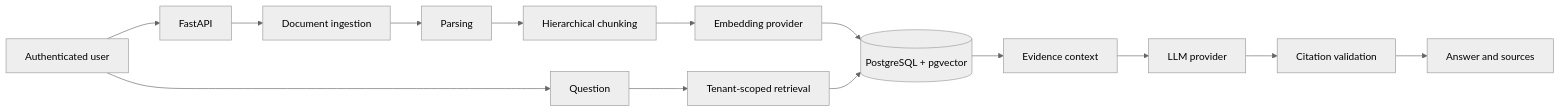
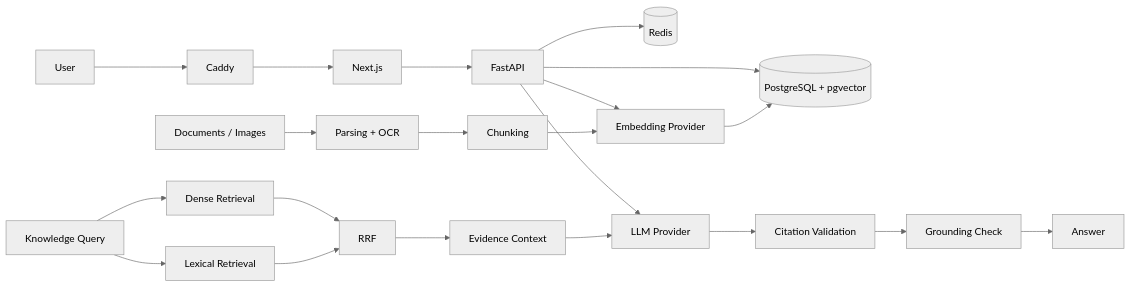
Before and after one commit to naim-munshi/aqlyra-rag-ai: the diagram in README.md, drawn with Mermaid (neutral theme). The commit also changed other lines of this file and 4 other files, not shown here.

Commit message:
docs: document Aqlyra architecture and system design

````diff
--- a/README.md
+++ b/README.md
@@ -46,17 +47,26 @@
 ```mermaid
 flowchart LR
-    U[Authenticated user] --> API[FastAPI]
-    API --> D[Document ingestion]
-    D --> P[Parsing]
-    P --> C[Hierarchical chunking]
-    C --> E[Embedding provider]
-    E --> DB[(PostgreSQL + pgvector)]
+    U[User] --> C[Caddy]
+    C --> F[Next.js]
+    F --> B[FastAPI]
 
-    U --> Q[Question]
-    Q --> R[Tenant-scoped retrieval]
-    R --> DB
-    DB --> X[Evidence context]
-    X --> L[LLM provider]
-    L --> V[Citation validation]
-    V --> A[Answer and sources]
+    B --> PG[(PostgreSQL + pgvector)]
+    B --> R[(Redis)]
+    B --> L[LLM Provider]
+    B --> E[Embedding Provider]
+
+    D[Documents / Images] --> P[Parsing + OCR]
+    P --> CH[Chunking]
+    CH --> E
+    E --> PG
+
+    Q[Knowledge Query] --> DR[Dense Retrieval]
+    Q --> LR[Lexical Retrieval]
+    DR --> RF[RRF]
+    LR --> RF
+    RF --> CTX[Evidence Context]
+    CTX --> L
+    L --> CV[Citation Validation]
+    CV --> GV[Grounding Check]
+    GV --> A[Answer]
 ```
````
